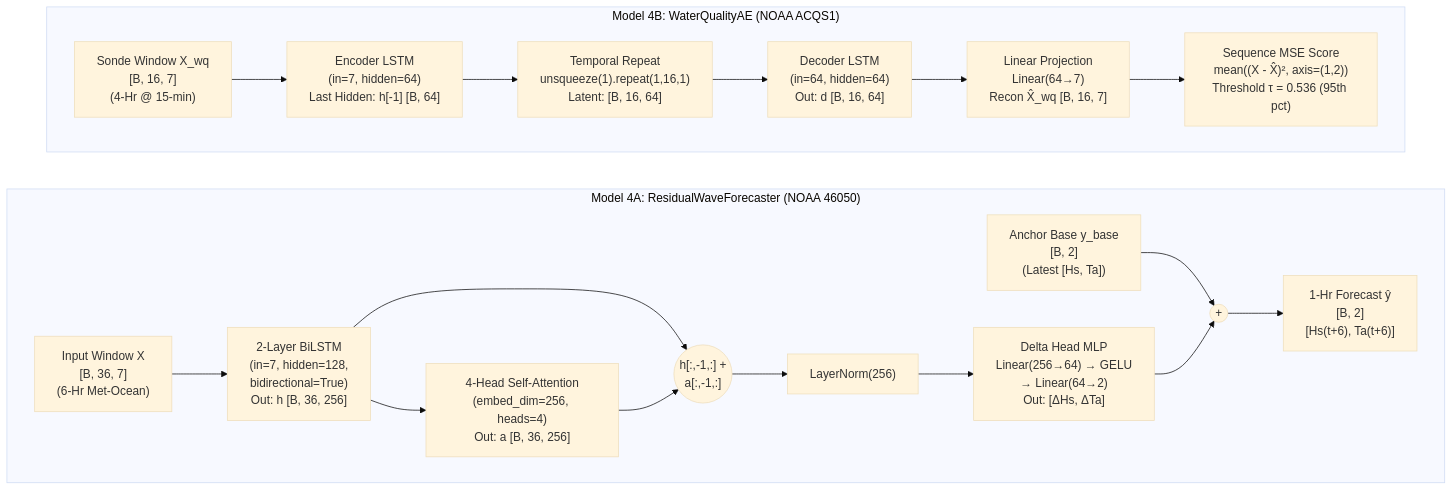
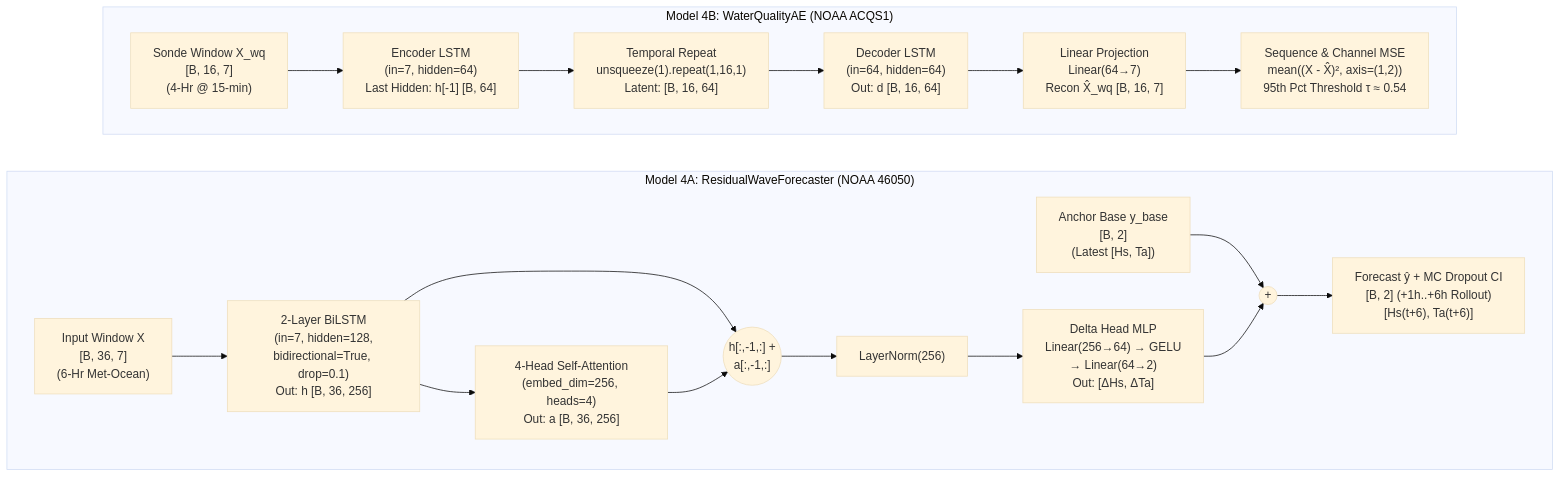
Before and after one commit to Amandeep-Tridel/smart-buoy: the second of 3 diagrams in docs/ARCHITECTURE.md, drawn with Mermaid (base theme). The commit also changed other lines of this file and 24 other files, not shown here.

````diff
--- a/docs/ARCHITECTURE.md
+++ b/docs/ARCHITECTURE.md
@@ -221,24 +228,24 @@
 ```mermaid
 flowchart LR
     subgraph Forecaster["Model 4A: ResidualWaveForecaster (NOAA 46050)"]
         direction LR
-        X_in["Input Window X\n[B, 36, 7]\n(6-Hr Met-Ocean)"] --> BiLSTM["2-Layer BiLSTM\n(in=7, hidden=128,\nbidirectional=True)\nOut: h [B, 36, 256]"]
+        X_in["Input Window X\n[B, 36, 7]\n(6-Hr Met-Ocean)"] --> BiLSTM["2-Layer BiLSTM\n(in=7, hidden=128,\nbidirectional=True, drop=0.1)\nOut: h [B, 36, 256]"]
         BiLSTM --> MHA["4-Head Self-Attention\n(embed_dim=256, heads=4)\nOut: a [B, 36, 256]"]
         BiLSTM --> Add1(("h[:,-1,:] +\na[:,-1,:]"))
         MHA --> Add1
         Add1 --> LN["LayerNorm(256)"]
         LN --> MLP["Delta Head MLP\nLinear(256→64) → GELU\n→ Linear(64→2)\nOut: [ΔHs, ΔTa]"]
         Base["Anchor Base y_base\n[B, 2]\n(Latest [Hs, Ta])"] --> Add2(("+"))
         MLP --> Add2
-        Add2 --> Y_hat["1-Hr Forecast ŷ\n[B, 2]\n[Hs(t+6), Ta(t+6)]"]
+        Add2 --> Y_hat["Forecast ŷ + MC Dropout CI\n[B, 2] (+1h..+6h Rollout)\n[Hs(t+6), Ta(t+6)]"]
     end
 
     subgraph Autoencoder["Model 4B: WaterQualityAE (NOAA ACQS1)"]
         direction LR
         W_in["Sonde Window X_wq\n[B, 16, 7]\n(4-Hr @ 15-min)"] --> Enc["Encoder LSTM\n(in=7, hidden=64)\nLast Hidden: h[-1] [B, 64]"]
         Enc --> Rep["Temporal Repeat\nunsqueeze(1).repeat(1,16,1)\nLatent: [B, 16, 64]"]
         Rep --> Dec["Decoder LSTM\n(in=64, hidden=64)\nOut: d [B, 16, 64]"]
         Dec --> OutProj["Linear Projection\nLinear(64→7)\nRecon X̂_wq [B, 16, 7]"]
-        OutProj --> MSE["Sequence MSE Score\nmean((X - X̂)², axis=(1,2))\nThreshold τ = 0.536 (95th pct)"]
+        OutProj --> MSE["Sequence & Channel MSE\nmean((X - X̂)², axis=(1,2))\n95th Pct Threshold τ ≈ 0.54"]
     end
 ```
````
